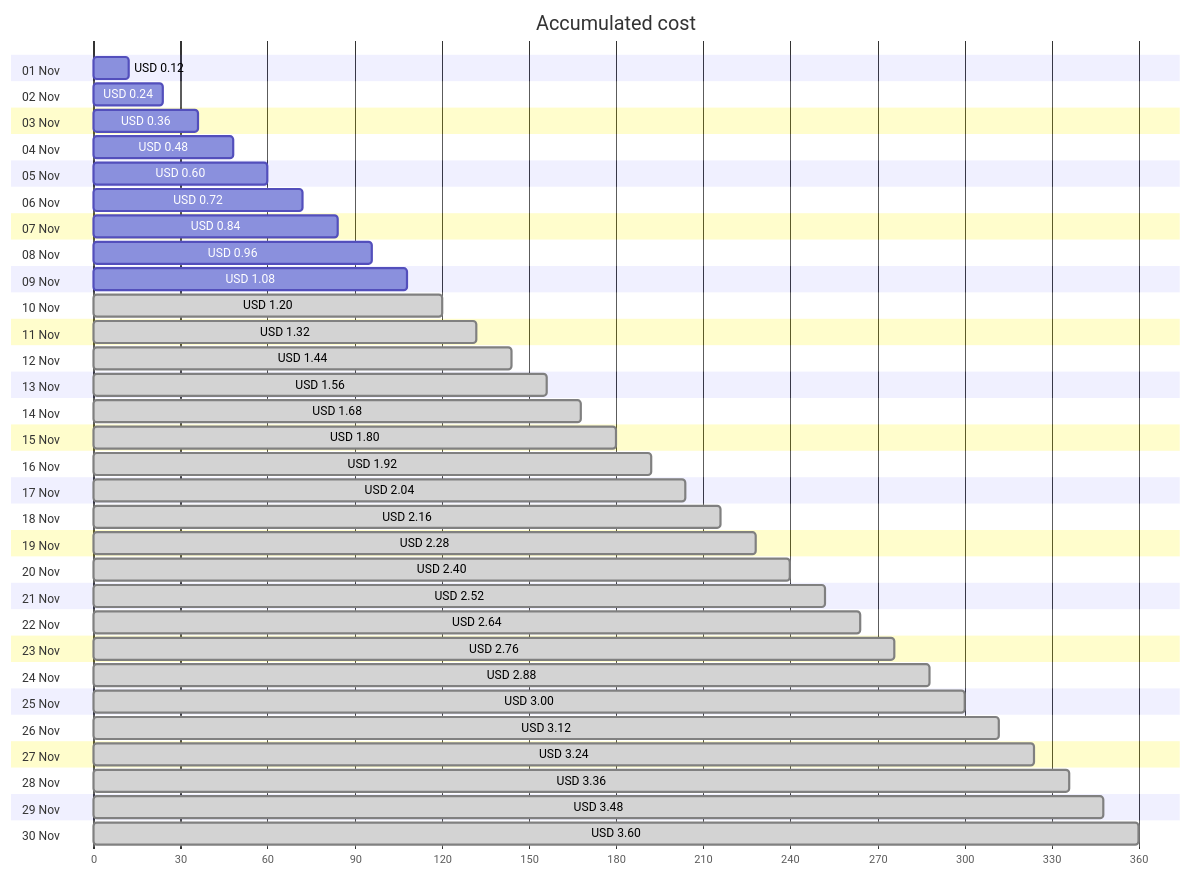
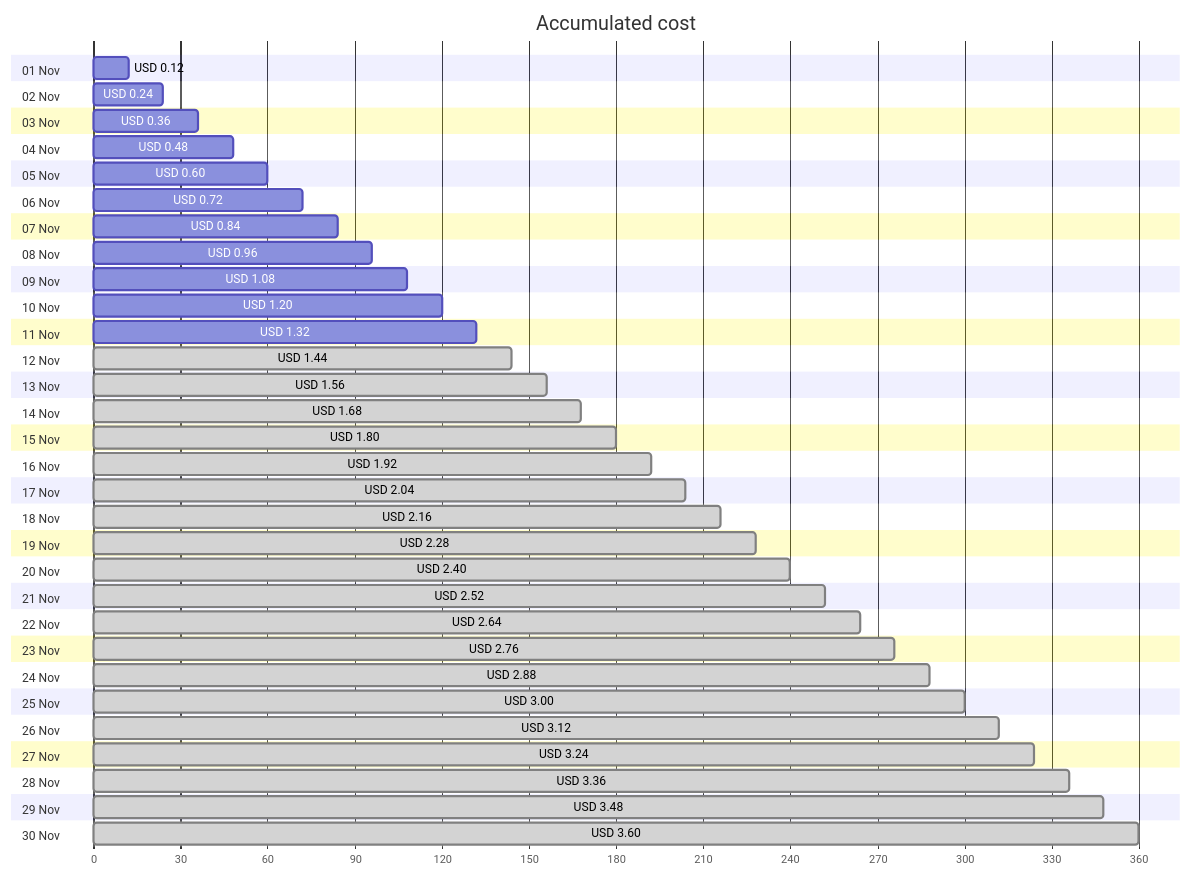
The first of 4 diagrams in cost-reports/personal-network/backup-server-public-ip.md (jpfulton/azure-personal-reports), drawn with Mermaid before and after one commit. The commit also changed other lines of this file and 8 other files, not shown here.

````diff
--- a/cost-reports/personal-network/backup-server-public-ip.md
+++ b/cost-reports/personal-network/backup-server-public-ip.md
@@ -20,66 +20,66 @@
 ```mermaid
 gantt
    title Accumulated cost
    dateFormat  X
    axisFormat %s
    section 01 Nov
    USD 0.12 :0, 12
    section 02 Nov
    USD 0.24 :0, 24
    section 03 Nov
    USD 0.36 :0, 36
    section 04 Nov
    USD 0.48 :0, 48
    section 05 Nov
    USD 0.60 :0, 60
    section 06 Nov
    USD 0.72 :0, 72
    section 07 Nov
    USD 0.84 :0, 84
    section 08 Nov
    USD 0.96 :0, 96
    section 09 Nov
    USD 1.08 :0, 108
    section 10 Nov
-   USD 1.20 : done, 0, 120
+   USD 1.20 :0, 120
    section 11 Nov
-   USD 1.32 : done, 0, 132
+   USD 1.32 :0, 132
    section 12 Nov
    USD 1.44 : done, 0, 144
    section 13 Nov
    USD 1.56 : done, 0, 156
    section 14 Nov
    USD 1.68 : done, 0, 168
    section 15 Nov
    USD 1.80 : done, 0, 180
    section 16 Nov
    USD 1.92 : done, 0, 192
    section 17 Nov
    USD 2.04 : done, 0, 204
    section 18 Nov
    USD 2.16 : done, 0, 216
    section 19 Nov
    USD 2.28 : done, 0, 228
    section 20 Nov
    USD 2.40 : done, 0, 240
    section 21 Nov
    USD 2.52 : done, 0, 252
    section 22 Nov
    USD 2.64 : done, 0, 264
    section 23 Nov
    USD 2.76 : done, 0, 276
    section 24 Nov
    USD 2.88 : done, 0, 288
    section 25 Nov
    USD 3.00 : done, 0, 300
    section 26 Nov
    USD 3.12 : done, 0, 312
    section 27 Nov
    USD 3.24 : done, 0, 324
    section 28 Nov
    USD 3.36 : done, 0, 336
    section 29 Nov
    USD 3.48 : done, 0, 348
    section 30 Nov
    USD 3.60 : done, 0, 360
 ```
````
